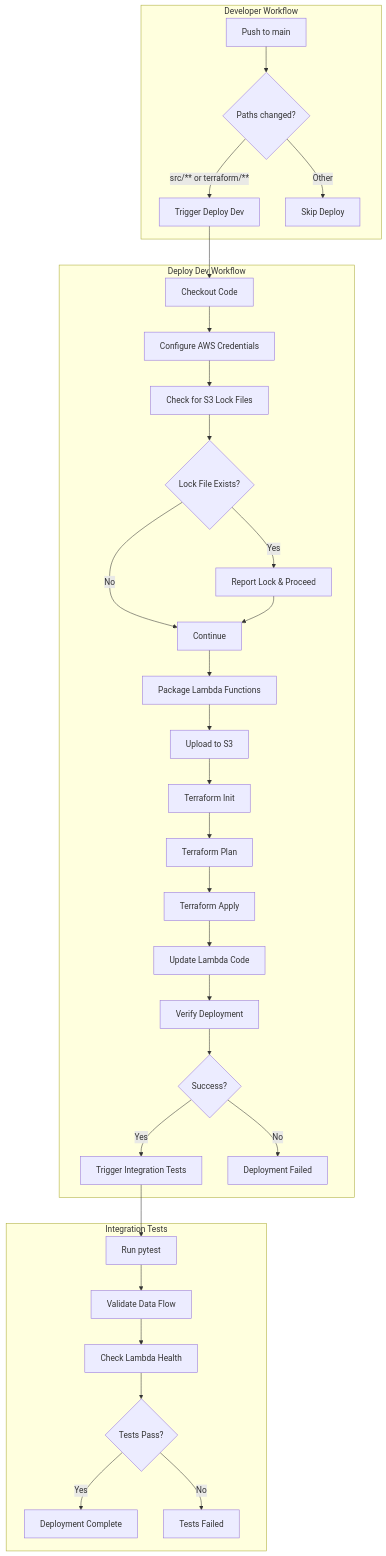
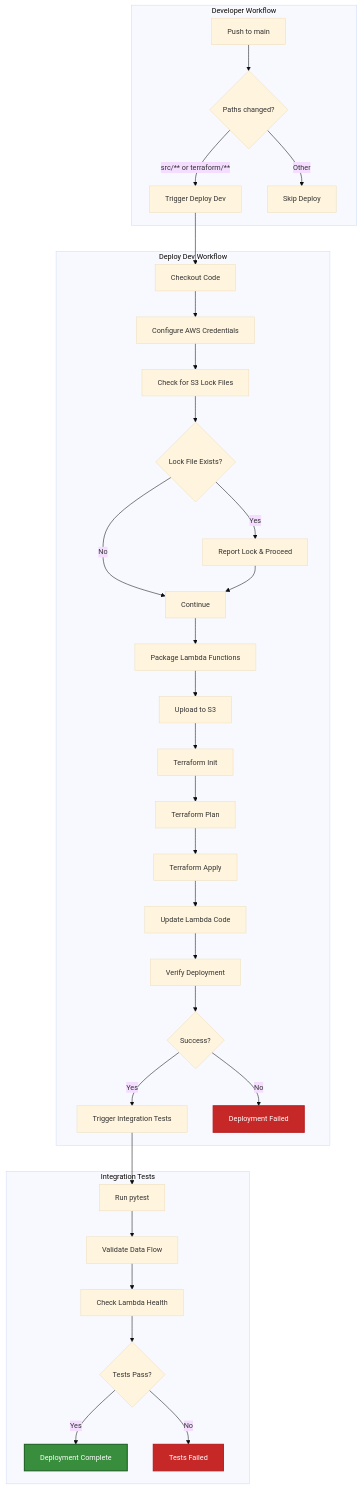
Before and after one commit to traylorre/sentiment-analyzer-gsk: the first of 9 diagrams in docs/TERRAFORM_DEPLOYMENT_FLOW.md, drawn with Mermaid. The commit also changed other lines of this file and 1 other file, not shown here.

First line of the commit message:
docs: Improve mermaid diagram accessibility and color contrast

````diff
--- a/docs/TERRAFORM_DEPLOYMENT_FLOW.md
+++ b/docs/TERRAFORM_DEPLOYMENT_FLOW.md
@@ -7,37 +7,44 @@
 ```mermaid
+%%{init: {'theme':'base', 'themeVariables': {'fontSize':'14px'}}}%%
 flowchart TB
     subgraph "Developer Workflow"
         A[Push to main] --> B{Paths changed?}
         B -->|src/** or terraform/**| C[Trigger Deploy Dev]
         B -->|Other| D[Skip Deploy]
     end
 
     subgraph "Deploy Dev Workflow"
         C --> E[Checkout Code]
         E --> F[Configure AWS Credentials]
         F --> G[Check for S3 Lock Files]
         G --> H{Lock File Exists?}
         H -->|Yes| I[Report Lock & Proceed]
         H -->|No| J[Continue]
         I --> J
         J --> K[Package Lambda Functions]
         K --> L[Upload to S3]
         L --> M[Terraform Init]
         M --> N[Terraform Plan]
         N --> O[Terraform Apply]
         O --> P[Update Lambda Code]
         P --> Q[Verify Deployment]
         Q --> R{Success?}
         R -->|Yes| S[Trigger Integration Tests]
         R -->|No| T[Deployment Failed]
     end
 
     subgraph "Integration Tests"
         S --> U[Run pytest]
         U --> V[Validate Data Flow]
         V --> W[Check Lambda Health]
         W --> X{Tests Pass?}
         X -->|Yes| Y[Deployment Complete]
         X -->|No| Z[Tests Failed]
     end
+
+    classDef successStep fill:#388e3c,stroke:#1b5e20,stroke-width:2px,color:#fff
+    classDef failStep fill:#c62828,stroke:#b71c1c,stroke-width:2px,color:#fff
+
+    class Y successStep
+    class T,Z failStep
 ```
````
